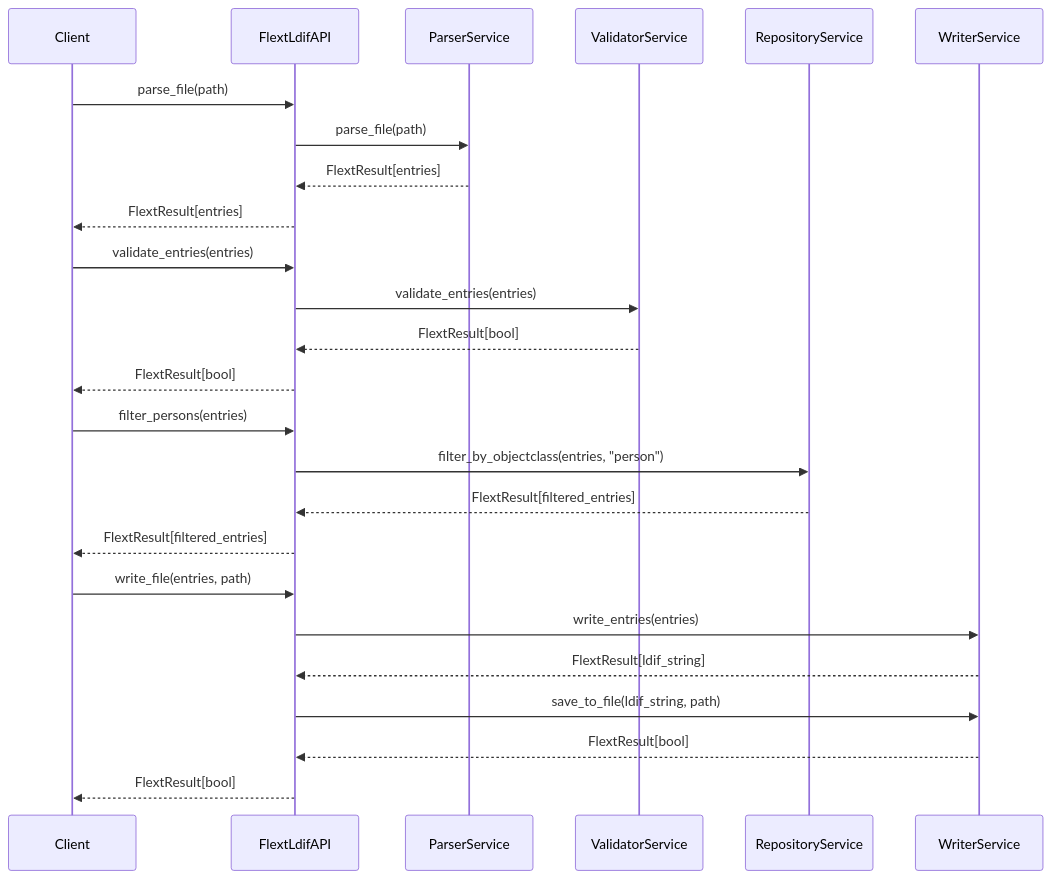
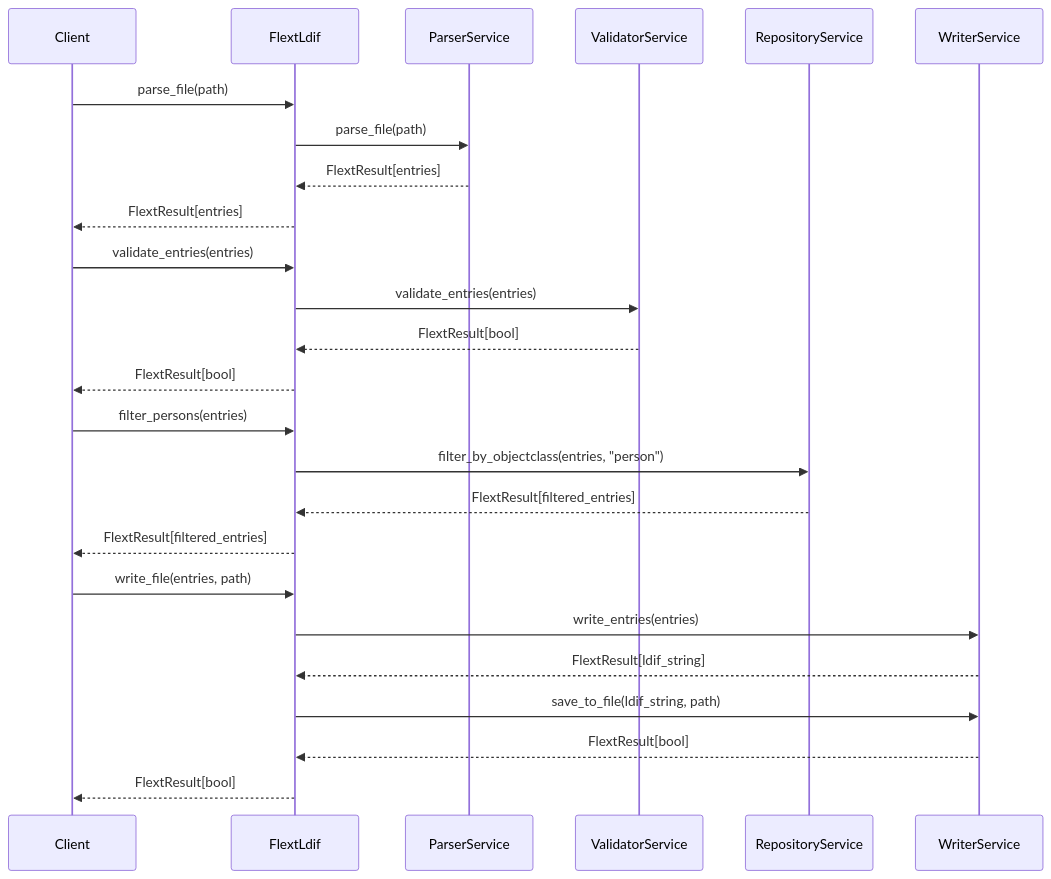
Before and after one commit to flext-sh/flext-ldif: the second of 4 diagrams in docs/architecture.md, drawn with Mermaid. The commit also changed other lines of this file and 56 other files, not shown here.

````diff
--- a/docs/architecture.md
+++ b/docs/architecture.md
@@ -354,31 +354,31 @@
 ```mermaid
 sequenceDiagram
     participant Client
-    participant API as FlextLdifAPI
+    participant API as FlextLdif
     participant Parser as ParserService
     participant Validator as ValidatorService
     participant Repository as RepositoryService
     participant Writer as WriterService
 
     Client->>API: parse_file(path)
     API->>Parser: parse_file(path)
     Parser-->>API: FlextResult[entries]
     API-->>Client: FlextResult[entries]
 
     Client->>API: validate_entries(entries)
     API->>Validator: validate_entries(entries)
     Validator-->>API: FlextResult[bool]
     API-->>Client: FlextResult[bool]
 
     Client->>API: filter_persons(entries)
     API->>Repository: filter_by_objectclass(entries, "person")
     Repository-->>API: FlextResult[filtered_entries]
     API-->>Client: FlextResult[filtered_entries]
 
     Client->>API: write_file(entries, path)
     API->>Writer: write_entries(entries)
     Writer-->>API: FlextResult[ldif_string]
     API->>Writer: save_to_file(ldif_string, path)
     Writer-->>API: FlextResult[bool]
     API-->>Client: FlextResult[bool]
 ```
````
